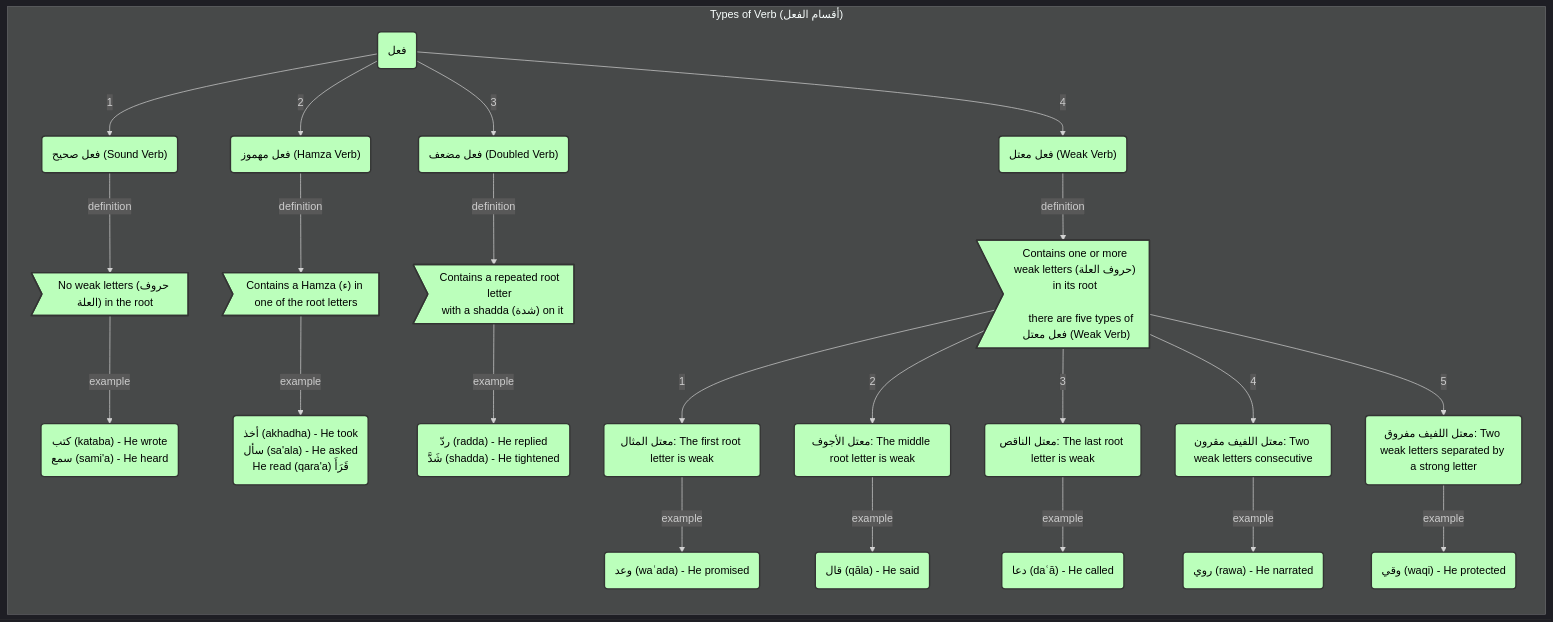
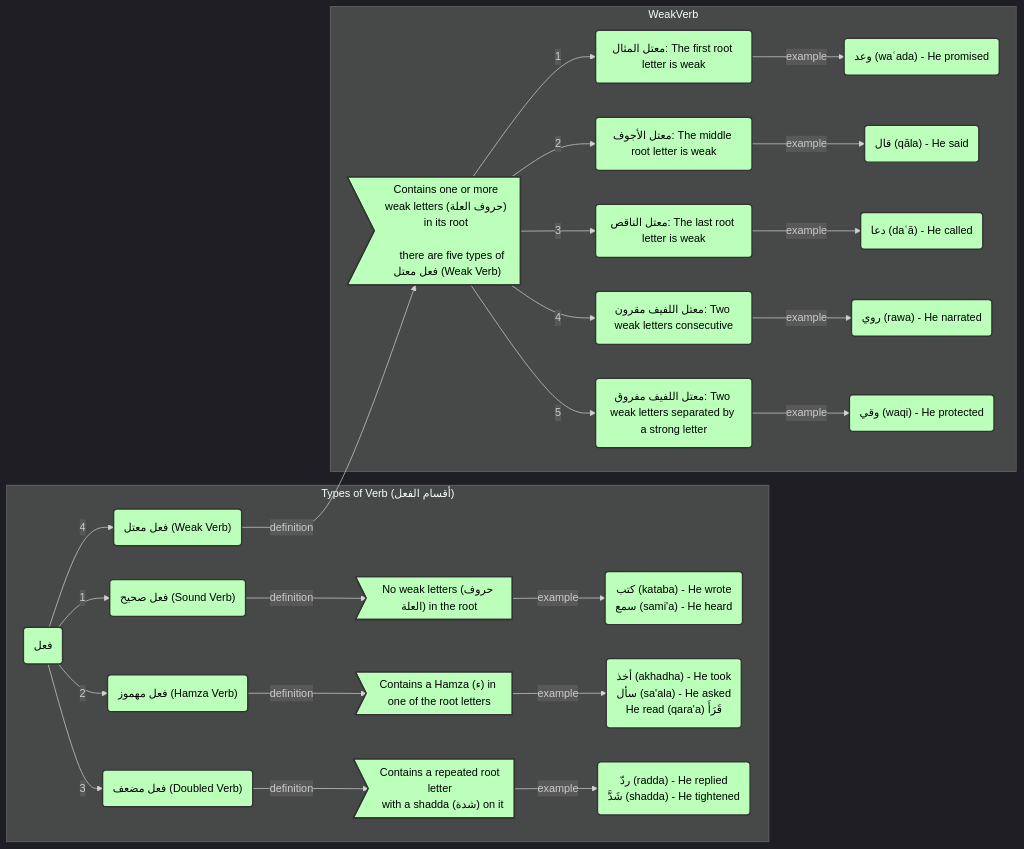
Before and after one commit to AzharMobeen/arabic-notes: the diagram in verb-فعل/verb-types/readme.md, drawn with Mermaid. The commit also changed other lines of this file and 7 other files, not shown here.

````diff
--- a/verb-فعل/verb-types/readme.md
+++ b/verb-فعل/verb-types/readme.md
@@ -4,37 +17,40 @@
 ```mermaid
 %%{init: {'theme': 'dark', 'themeVariables': {'darkMode': true}, "flowchart" : { "curve" : "basis" } } }%%
 flowchart LR
 subgraph "Types of Verb (أقسام الفعل)"
 A("فعل") --> |1| B("فعل صحيح (Sound Verb)")
 A --> |2|C("فعل مهموز (Hamza Verb)")
 A --> |3|D("فعل مضعف (Doubled Verb)")
 A --> |4|E("فعل معتل (Weak Verb)")
 
 B --> |definition| B1>"No weak letters (حروف العلة) in the root"]
 B1 --> |example| B2("كتب (kataba) - He wrote <br> سمع (sami'a) - He heard")
 
 C --> |definition| C1>"Contains a Hamza (ء) in one of the root letters"]
 C1 --> |example| C2("أخذ (akhadha) - He took <br> سأل (sa'ala) - He asked <br> He read (qara'a) قَرَأَ")
 
 
 D --> |definition| D1>"Contains a repeated root letter <br> with a shadda (شدة) on it"]
 D1 --> |example| D2("ردّ (radda) - He replied <br> شَدَّ (shadda) - He tightened")
 
+end
+subgraph WeakVerb
+
 E --> |definition| E1>"Contains one or more weak letters (حروف العلة) in its root <br>
     there are five types of فعل معتل (Weak Verb)"]
 E1 --> |1|E2("معتل المثال: The first root letter is weak")
 E2 --> |example| E3("وعد (waʿada) - He promised")
 E1 --> |2|E4("معتل الأجوف: The middle root letter is weak")
 E4 --> |example| E5("قال (qāla) - He said")
 E1 --> |3|E6("معتل الناقص: The last root letter is weak")
 E6 --> |example| E7("دعا (daʿā) - He called")
 E1 --> |4|E8("معتل اللفيف مقرون: Two weak letters consecutive")
 E8 --> |example| E9("روي (rawa) - He narrated")
 E1 --> |5|E10("معتل اللفيف مفروق: Two weak letters separated by a strong letter")
 E10 --> |example| E11("وقي (waqi) - He protected")
+end
 
-end
 %% Styles
 classDef greenShade fill:#bfb,stroke:#333,stroke-width:2px,color:#000
 class A,B,C,D,E,B1,B2,C1,C2,D1,D2,E1,E2,E3,E4,E5,E6,E7,E8,E9,E10,E11 greenShade;
 ```
````
